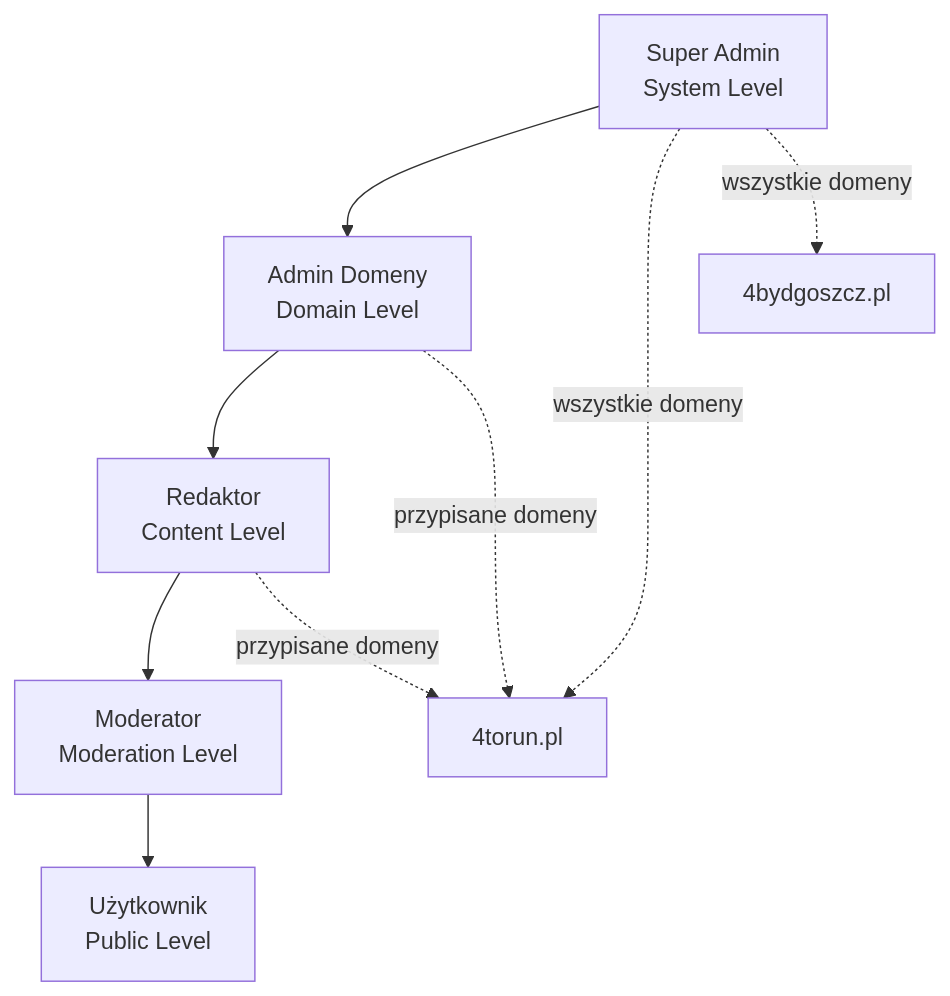
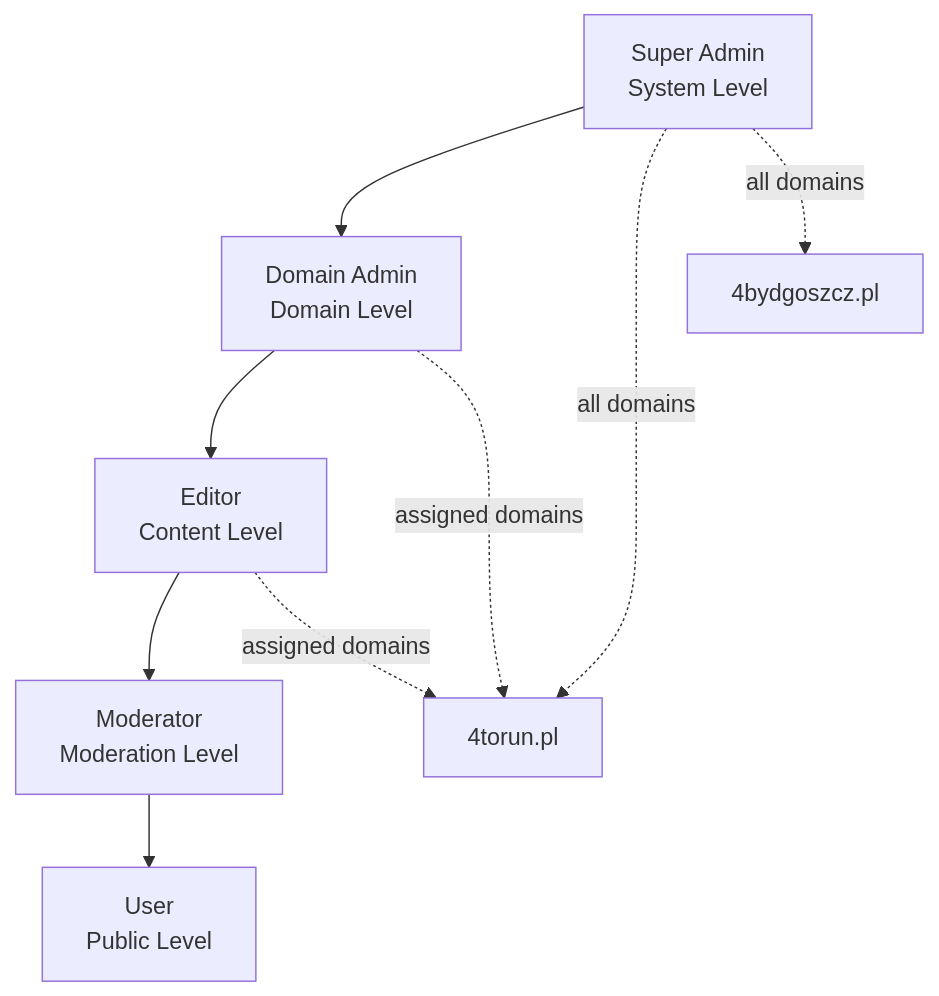
One commit to skidrow-cracked/share changed the third of 8 diagrams in README.md. Above: the diagram before and after it, drawn with Mermaid. The commit also changed other lines of this file, not shown here.

````diff
--- a/README.md
+++ b/README.md
@@ -418,12 +418,12 @@
 ```mermaid
 graph TD
-    A[Super Admin<br/>System Level] --> B[Admin Domeny<br/>Domain Level]
-    B --> C[Redaktor<br/>Content Level]
+    A[Super Admin<br/>System Level] --> B[Domain Admin<br/>Domain Level]
+    B --> C[Editor<br/>Content Level]
     C --> D[Moderator<br/>Moderation Level]
-    D --> E[Użytkownik<br/>Public Level]
+    D --> E[User<br/>Public Level]
     
-    A -.->|wszystkie domeny| F[4torun.pl]
-    A -.->|wszystkie domeny| G[4bydgoszcz.pl]
-    B -.->|przypisane domeny| F
-    C -.->|przypisane domeny| F
+    A -.->|all domains| F[4torun.pl]
+    A -.->|all domains| G[4bydgoszcz.pl]
+    B -.->|assigned domains| F
+    C -.->|assigned domains| F
 ```
````
